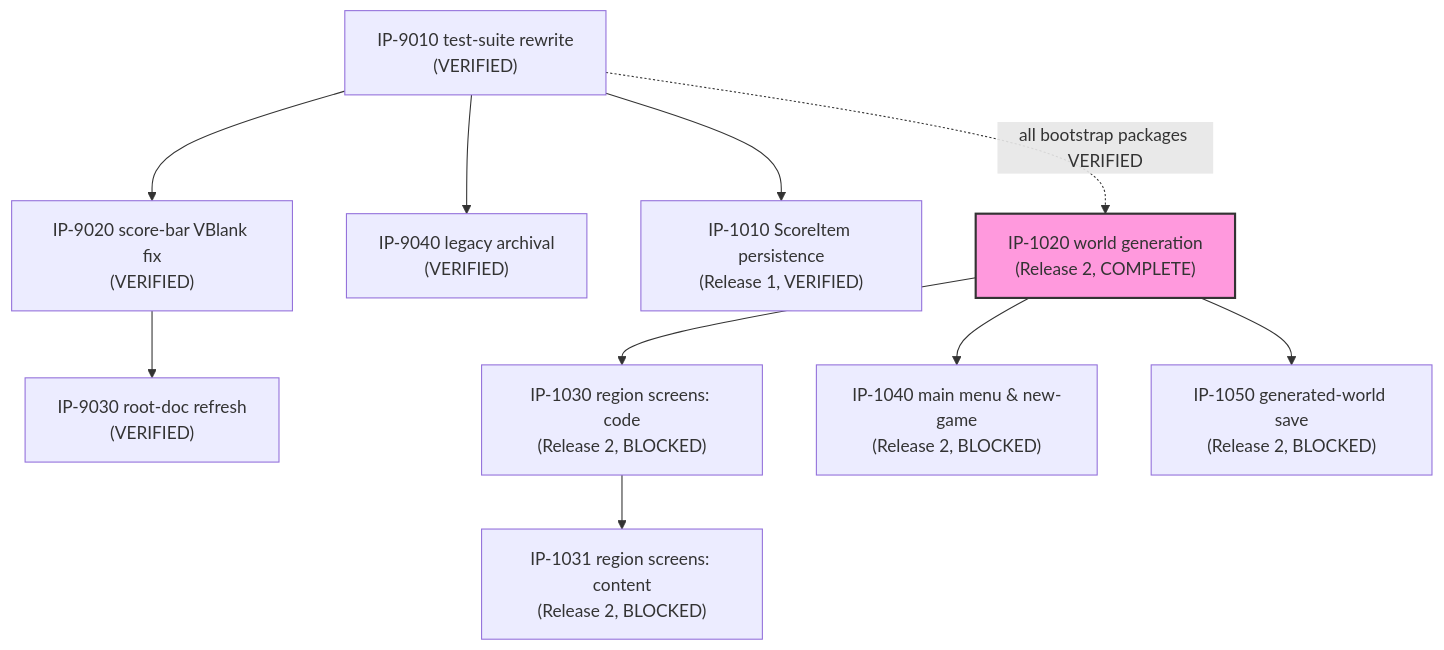
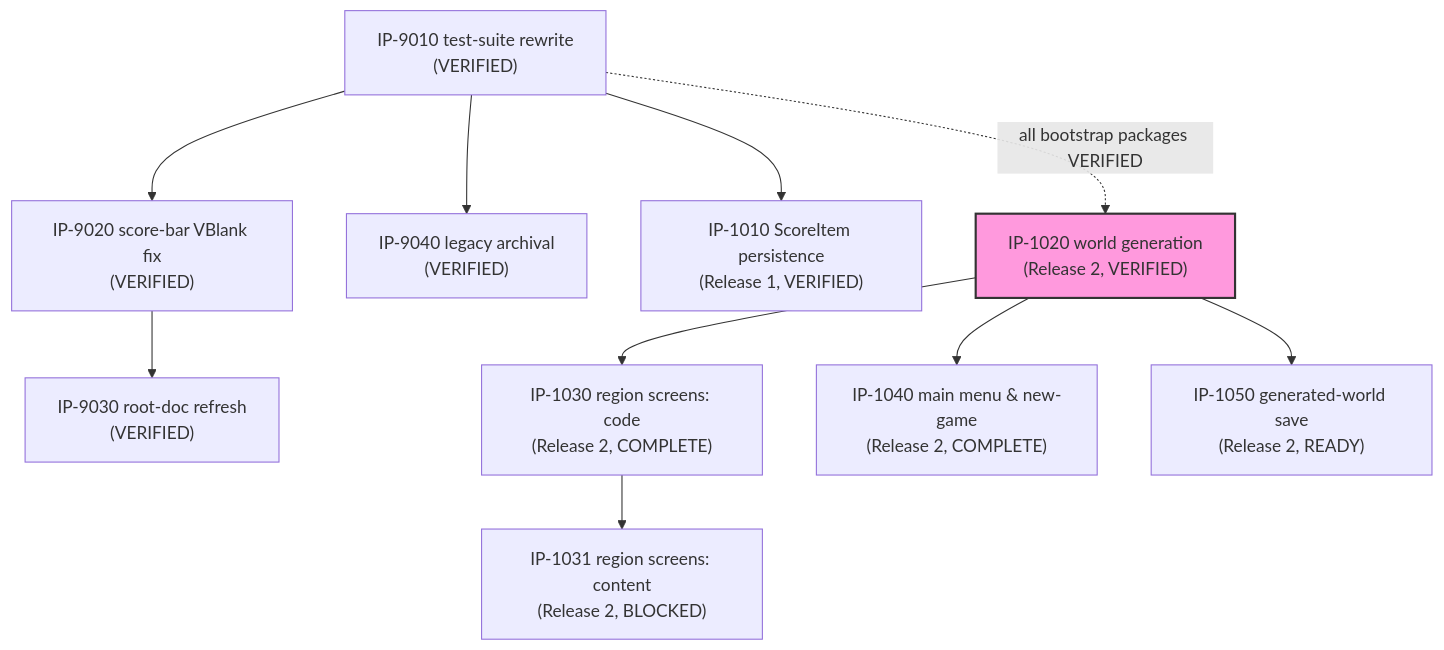
The diagram in docs/implementation/00-master-build-plan.md (Zabin/RsGame), drawn with Mermaid before and after one commit. The commit also changed other lines of this file and 10 other files, not shown here.

````diff
--- a/docs/implementation/00-master-build-plan.md
+++ b/docs/implementation/00-master-build-plan.md
@@ -40,25 +40,25 @@
 ```mermaid
 graph TD
     IP9010["IP-9010 test-suite rewrite<br/>(VERIFIED)"]
     IP9020["IP-9020 score-bar VBlank fix<br/>(VERIFIED)"]
     IP9030["IP-9030 root-doc refresh<br/>(VERIFIED)"]
     IP9040["IP-9040 legacy archival<br/>(VERIFIED)"]
     IP1010["IP-1010 ScoreItem persistence<br/>(Release 1, VERIFIED)"]
     IP9010 --> IP9020
     IP9010 --> IP9040
     IP9010 --> IP1010
     IP9020 --> IP9030
 
-    IP1020["IP-1020 world generation<br/>(Release 2, COMPLETE)"]
-    IP1030["IP-1030 region screens: code<br/>(Release 2, BLOCKED)"]
+    IP1020["IP-1020 world generation<br/>(Release 2, VERIFIED)"]
+    IP1030["IP-1030 region screens: code<br/>(Release 2, COMPLETE)"]
     IP1031["IP-1031 region screens: content<br/>(Release 2, BLOCKED)"]
-    IP1040["IP-1040 main menu & new-game<br/>(Release 2, BLOCKED)"]
-    IP1050["IP-1050 generated-world save<br/>(Release 2, BLOCKED)"]
+    IP1040["IP-1040 main menu & new-game<br/>(Release 2, COMPLETE)"]
+    IP1050["IP-1050 generated-world save<br/>(Release 2, READY)"]
     IP9010 -.all bootstrap packages VERIFIED.-> IP1020
     IP1020 --> IP1030
     IP1030 --> IP1031
     IP1020 --> IP1040
     IP1020 --> IP1050
 
     style IP1020 fill:#f9d,stroke:#333,stroke-width:2px
 ```
````
